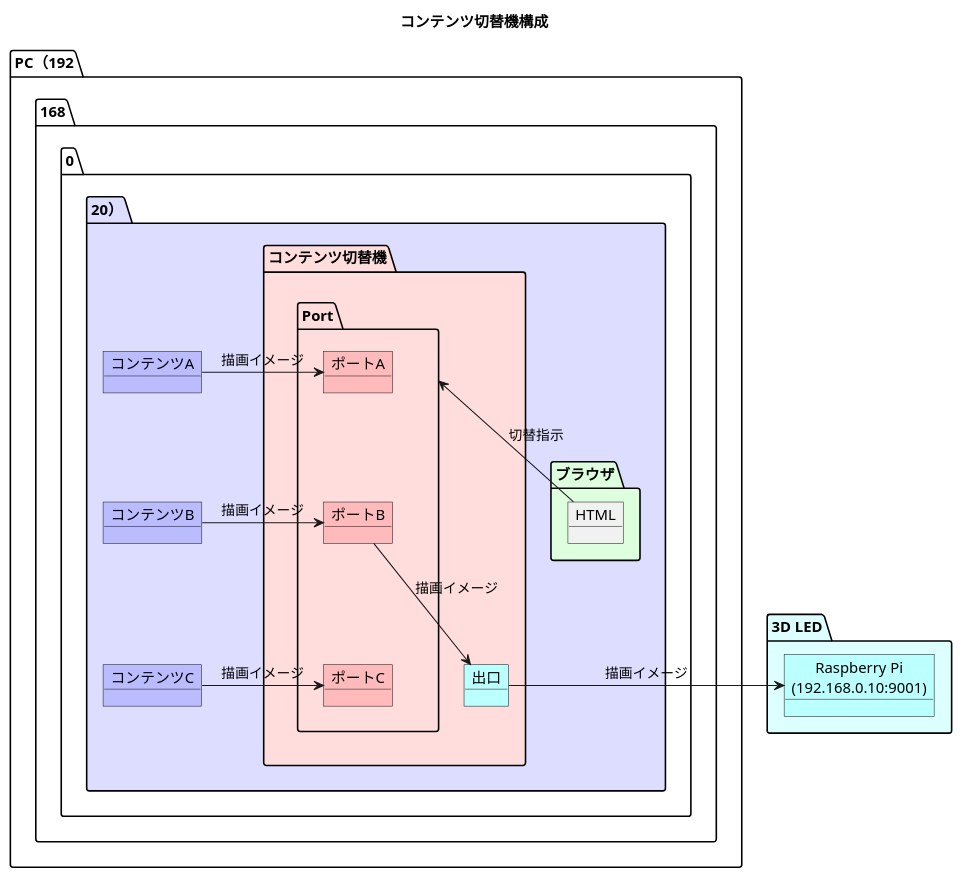
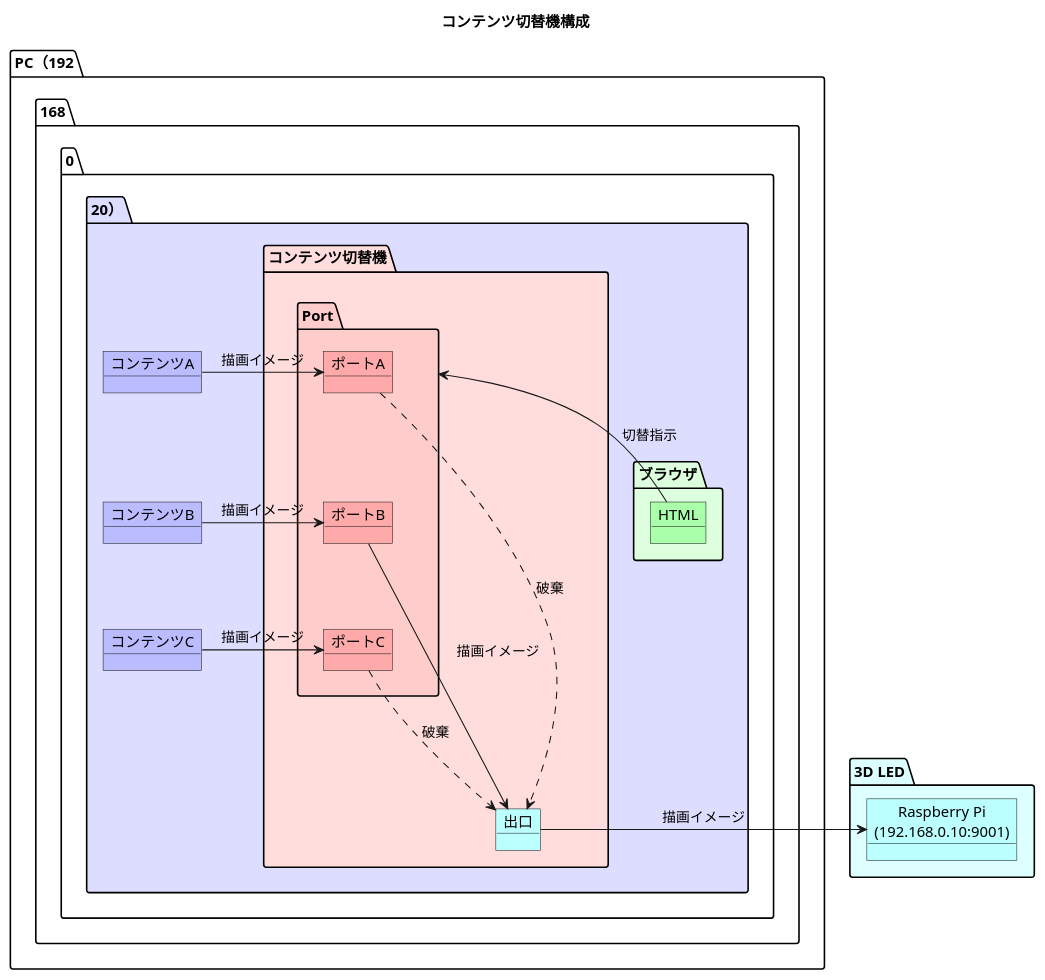
The diagram in spec/spec.plantuml (3dLedCubu/select_contents), drawn with PlantUML before and after one commit. The commit also changed 1 other file, not shown here.

```diff
--- a/spec/spec.plantuml
+++ b/spec/spec.plantuml
@@ -1,34 +1,36 @@
 @startuml
 title コンテンツ切替機構成
 
 package PC（192.168.0.20） #ddf {
   object "コンテンツA" as contenta #bbf
   object "コンテンツB" as contentb #bbf
   object "コンテンツC" as contentc #bbf
   contenta -[hidden]-> contentb
   contentb -[hidden]-> contentc
   package "コンテンツ切替機" as selector #fdd {
-    package Port {
-      object "ポートA" as porta #fbb
-      object "ポートB" as portb #fbb
-      object "ポートC" as portc #fbb
+    package Port #fcc {
+      object "ポートA" as porta #faa
+      object "ポートB" as portb #faa
+      object "ポートC" as portc #faa
       porta -[hidden]-> portb
       portb -[hidden]-> portc
     }
     contenta -> porta : 描画イメージ
     contentb -> portb : 描画イメージ
     contentc -> portc : 描画イメージ
     object "出口" as exit #bff
+    porta ..> exit : 破棄
     portb --> exit : 描画イメージ
+    portc ..> exit : 破棄
   }
   package "ブラウザ" as browser #dfd {
-    object HTML
+    object HTML #afa
   }
   HTML -u-> Port : 切替指示
 }
 package "3D LED" as 3dled #dff {
   object "Raspberry Pi\n(192.168.0.10:9001)" as rp #bff
 }
 exit -> rp : 描画イメージ
 
 @enduml
```
